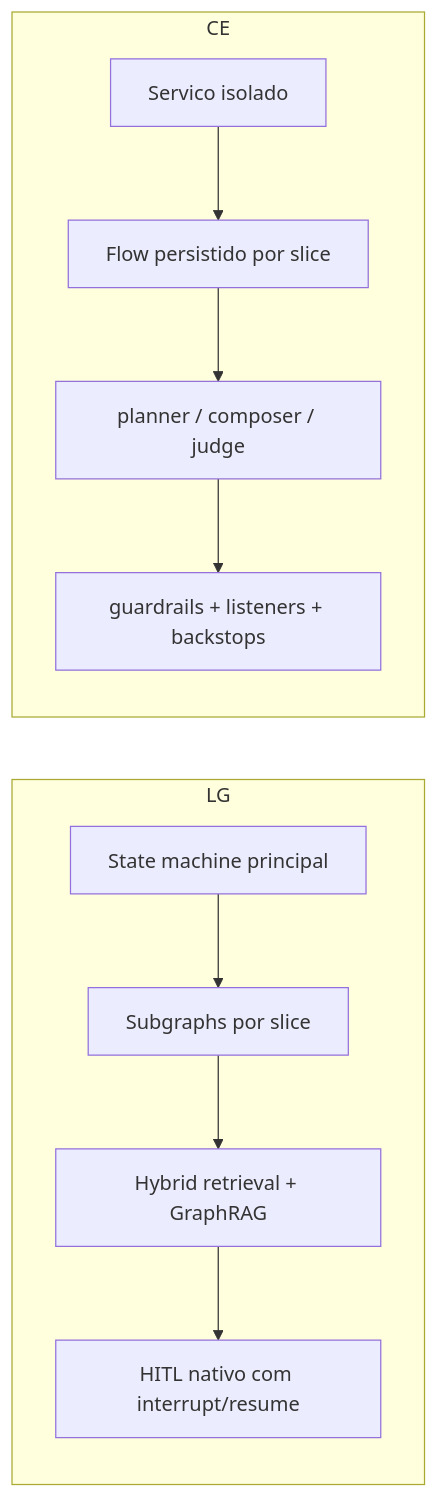
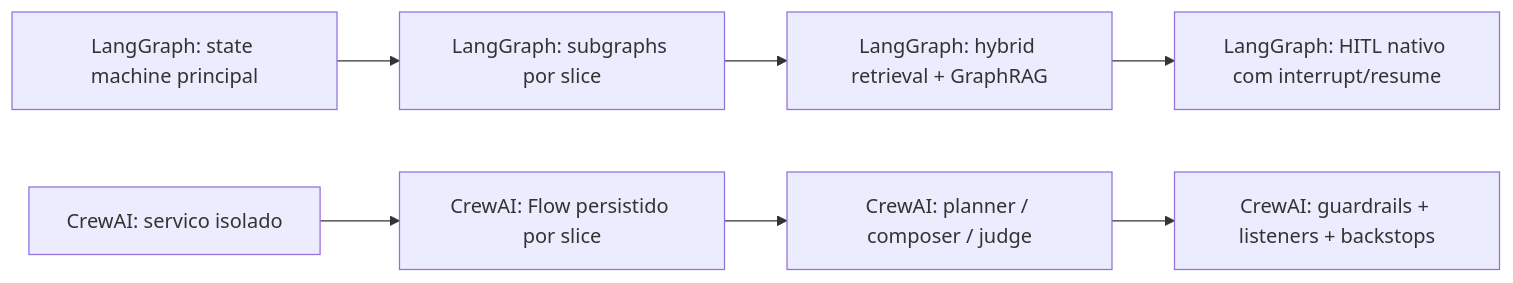
Before and after one commit to EliseuODaniel/eduassist-platform: diagram 15 of 15 in docs/architecture/dual-stack-runtime-visual-guide.md, drawn with Mermaid. The commit also changed other lines of this file, not shown here.

Commit message:
Remove subgraph syntax from dual stack Mermaid guide

````diff
--- a/docs/architecture/dual-stack-runtime-visual-guide.md
+++ b/docs/architecture/dual-stack-runtime-visual-guide.md
@@ -378,19 +373,15 @@
 ```mermaid
 graph LR
-    subgraph LG
-        LG1["State machine principal"]
-        LG2["Subgraphs por slice"]
-        LG3["Hybrid retrieval + GraphRAG"]
-        LG4["HITL nativo com interrupt/resume"]
-    end
+    LG1["LangGraph: state machine principal"]
+    LG2["LangGraph: subgraphs por slice"]
+    LG3["LangGraph: hybrid retrieval + GraphRAG"]
+    LG4["LangGraph: HITL nativo com interrupt/resume"]
 
-    subgraph CE
-        CE1["Servico isolado"]
-        CE2["Flow persistido por slice"]
-        CE3["planner / composer / judge"]
-        CE4["guardrails + listeners + backstops"]
-    end
+    CE1["CrewAI: servico isolado"]
+    CE2["CrewAI: Flow persistido por slice"]
+    CE3["CrewAI: planner / composer / judge"]
+    CE4["CrewAI: guardrails + listeners + backstops"]
 
     LG1 --> LG2 --> LG3 --> LG4
     CE1 --> CE2 --> CE3 --> CE4
 ```
````
